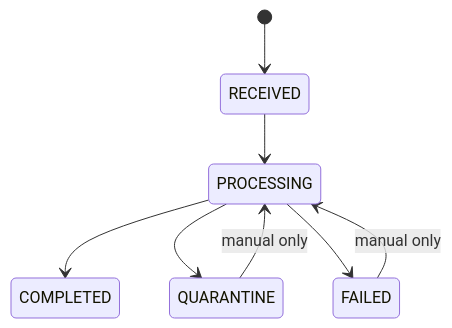
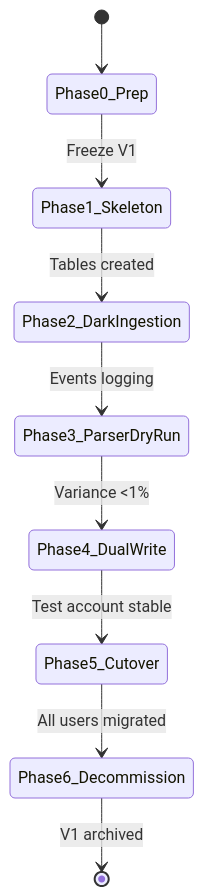
The second of 2 diagrams in EMAIL_INGESTION_PRD.md (zenarisetrading-jpg/webpage), drawn with Mermaid before and after one commit. The commit also changed other lines of this file, not shown here.

First line of the commit message:
docs: Update Email Ingestion PRD to v1.2 with Migration Strategy

````diff
--- a/EMAIL_INGESTION_PRD.md
+++ b/EMAIL_INGESTION_PRD.md
@@ -297,10 +453,11 @@
 ```mermaid
 stateDiagram-v2
-    [*] --> RECEIVED
-    RECEIVED --> PROCESSING
-    PROCESSING --> COMPLETED
-    PROCESSING --> QUARANTINE
-    PROCESSING --> FAILED
-    FAILED --> PROCESSING: manual only
-    QUARANTINE --> PROCESSING: manual only
+    [*] --> Phase0_Prep
+    Phase0_Prep --> Phase1_Skeleton: Freeze V1
+    Phase1_Skeleton --> Phase2_DarkIngestion: Tables created
+    Phase2_DarkIngestion --> Phase3_ParserDryRun: Events logging
+    Phase3_ParserDryRun --> Phase4_DualWrite: Variance <1%
+    Phase4_DualWrite --> Phase5_Cutover: Test account stable
+    Phase5_Cutover --> Phase6_Decommission: All users migrated
+    Phase6_Decommission --> [*]: V1 archived
 ```
````
